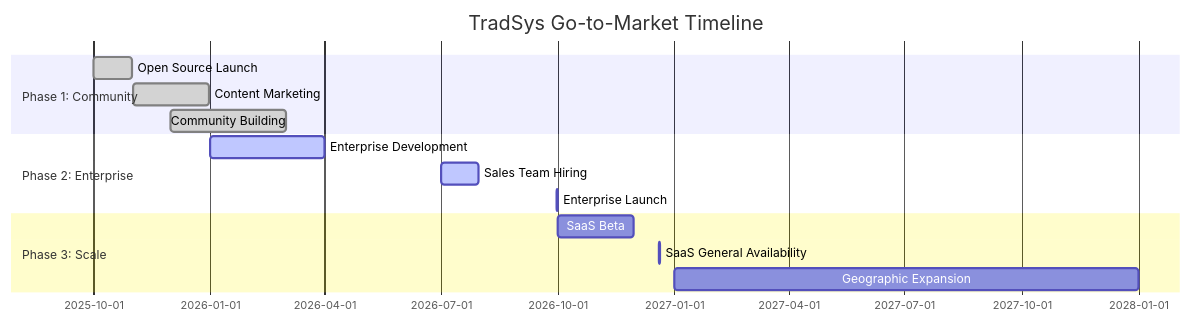
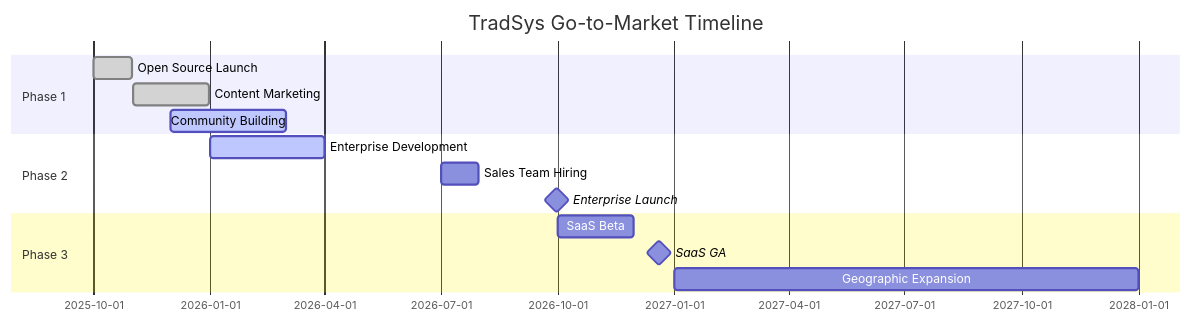
The sixth of 52 diagrams in diagrams.md (abdoElHodaky/tradSys), drawn with Mermaid before and after one commit. The commit also changed other lines of this file, not shown here.

````diff
--- a/diagrams.md
+++ b/diagrams.md
@@ -485,19 +162,19 @@
 ```mermaid
 gantt
     title TradSys Go-to-Market Timeline
     dateFormat YYYY-MM-DD
-    section Phase 1: Community
+    section Phase 1
     Open Source Launch           :done, 2025-10-01, 30d
     Content Marketing           :done, 2025-11-01, 60d
-    Community Building          :done, 2025-12-01, 90d
+    Community Building          :active, 2025-12-01, 90d
     
-    section Phase 2: Enterprise
+    section Phase 2
     Enterprise Development      :active, 2026-01-01, 90d
-    Sales Team Hiring          :active, 2026-07-01, 30d
-    Enterprise Launch          :2026-09-30, 1d
+    Sales Team Hiring          :2026-07-01, 30d
+    Enterprise Launch          :milestone, 2026-09-30, 0d
     
-    section Phase 3: Scale
+    section Phase 3
     SaaS Beta                  :2026-10-01, 60d
-    SaaS General Availability  :2026-12-20, 1d
+    SaaS GA                    :milestone, 2026-12-20, 0d
     Geographic Expansion       :2027-01-01, 365d
 ```
````
